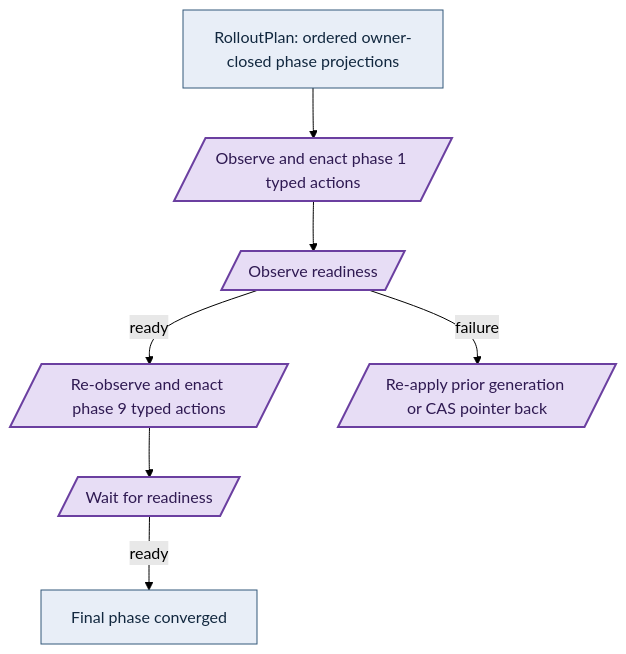
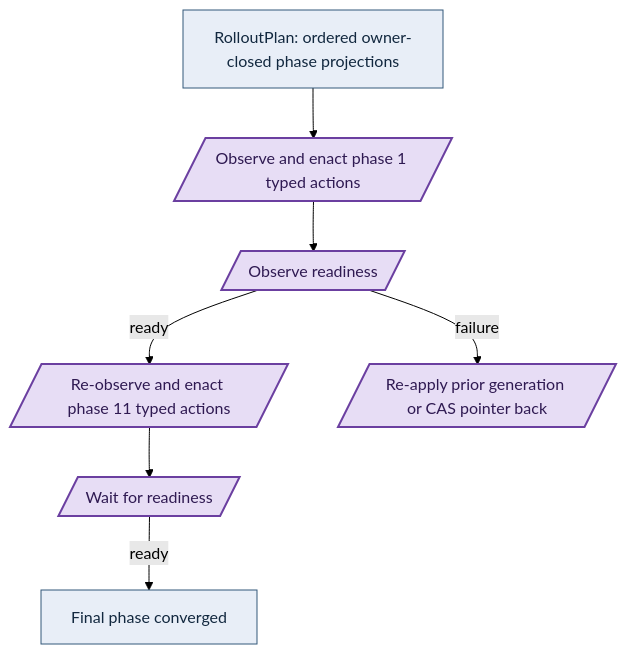
One commit to Tuee22/amoebius changed the third of 5 diagrams in documents/engineering/manifest_generation_doctrine.md. Above: the diagram before and after it, drawn with Mermaid (forest theme). The commit also changed other lines of this file and 345 other files, not shown here.

````diff
--- a/documents/engineering/manifest_generation_doctrine.md
+++ b/documents/engineering/manifest_generation_doctrine.md
@@ -599,12 +599,12 @@
 ```mermaid
 flowchart TD
 %% register: algebra
   plan[RolloutPlan: ordered owner-closed phase projections]:::intent --> p1[/"Observe and enact phase 1 typed actions"/]:::effect
   p1 --> g1[/"Observe readiness"/]:::effect
-  g1 -->|ready| p2[/"Re-observe and enact phase 9 typed actions"/]:::effect
+  g1 -->|ready| p2[/"Re-observe and enact phase 11 typed actions"/]:::effect
   p2 --> g2[/"Wait for readiness"/]:::effect
   g2 -->|ready| pn[Final phase converged]:::intent
   g1 -->|failure| rb[/"Re-apply prior generation or CAS pointer back"/]:::effect
   classDef intent   fill:#e8eef7,stroke:#33587a,color:#12283f,stroke-width:1px
   classDef effect   fill:#e7ddf5,stroke:#6b3fa0,color:#2f1a52,stroke-width:2px
 ```
````
